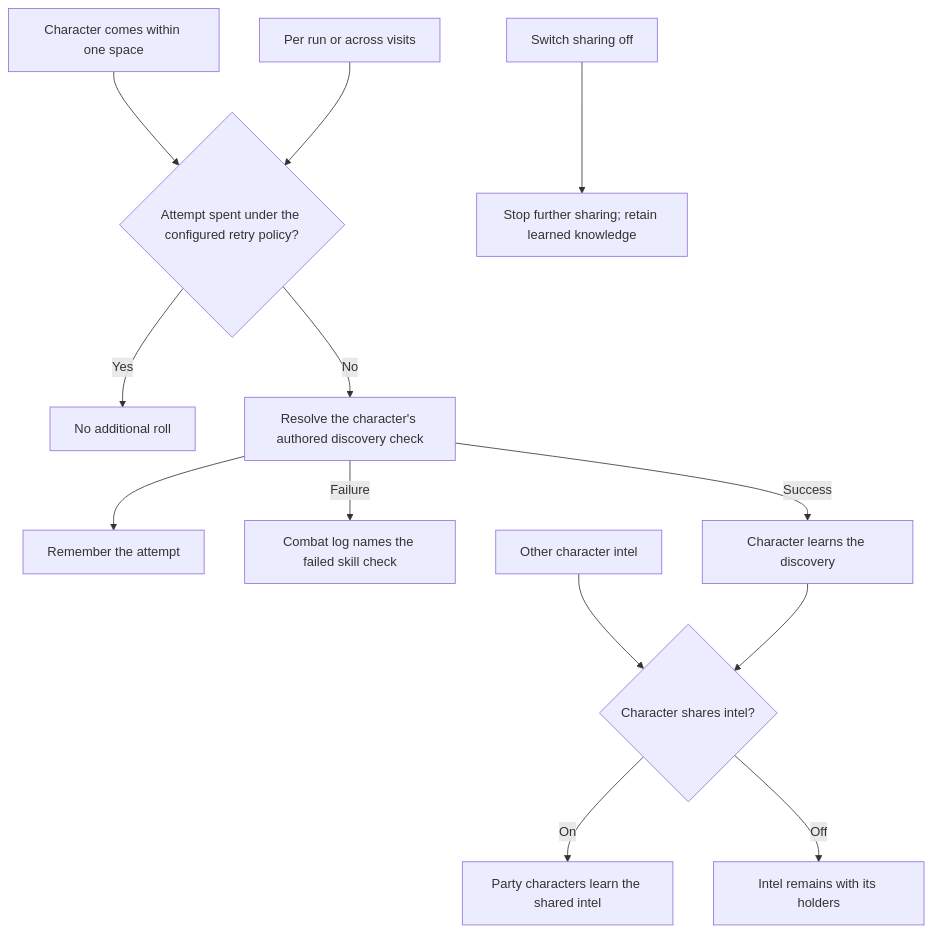
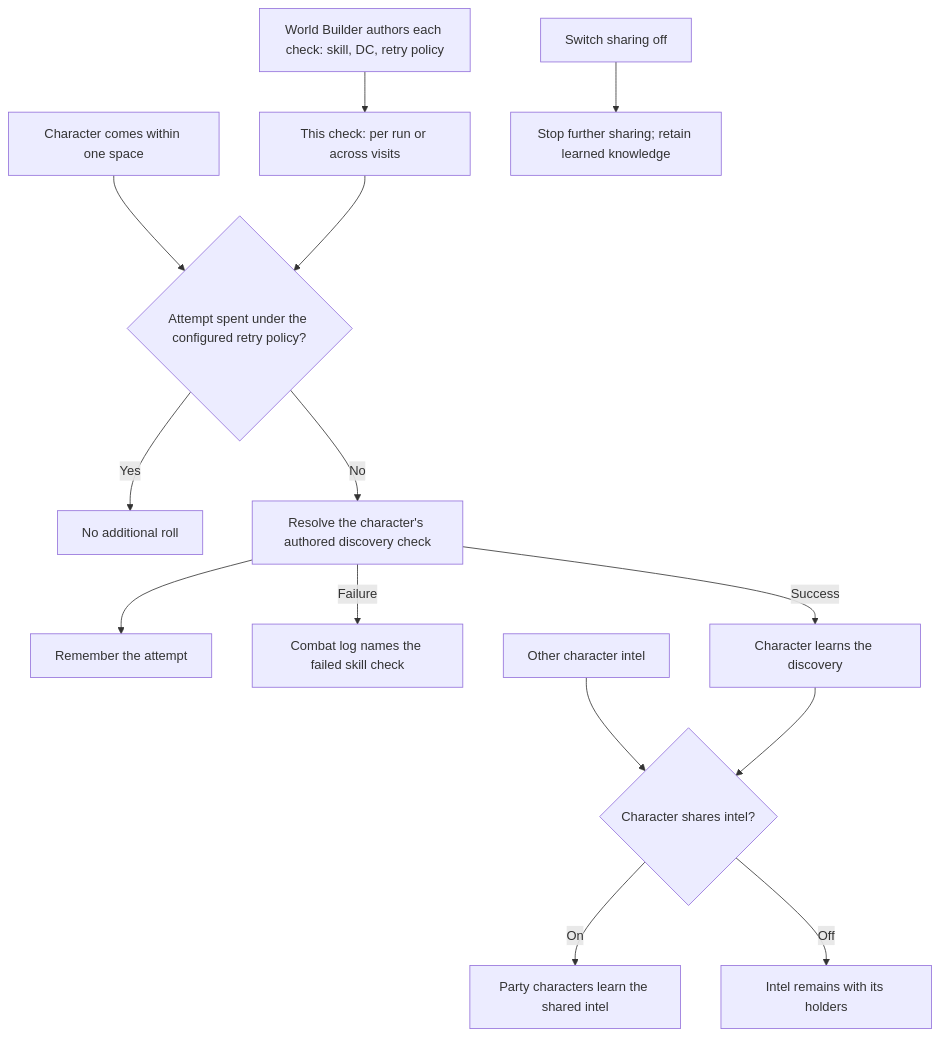
Before and after one commit to KirkDiggler/rpg-project: the diagram in ideas/proximity-intel/design.md, drawn with Mermaid. The commit also changed other lines of this file, not shown here.

First line of the commit message:
docs: author retry policy on each World Builder check

````diff
--- a/ideas/proximity-intel/design.md
+++ b/ideas/proximity-intel/design.md
@@ -5,15 +5,16 @@
 ```mermaid
 flowchart TD
     Near[Character comes within one space] --> Tried{Attempt spent under the configured retry policy?}
-    Policy[Per run or across visits] --> Tried
+    Builder[World Builder authors each check: skill, DC, retry policy] --> Policy[This check: per run or across visits]
+    Policy --> Tried
     Tried -->|Yes| NoRoll[No additional roll]
     Tried -->|No| Check[Resolve the character's authored discovery check]
     Check --> Attempt[Remember the attempt]
     Check -->|Failure| Log[Combat log names the failed skill check]
     Check -->|Success| Learn[Character learns the discovery]
     Other[Other character intel] --> Sharing{Character shares intel?}
     Learn --> Sharing
     Sharing -->|On| Party[Party characters learn the shared intel]
     Sharing -->|Off| Private[Intel remains with its holders]
     Off[Switch sharing off] --> Stop[Stop further sharing; retain learned knowledge]
 ```
````
